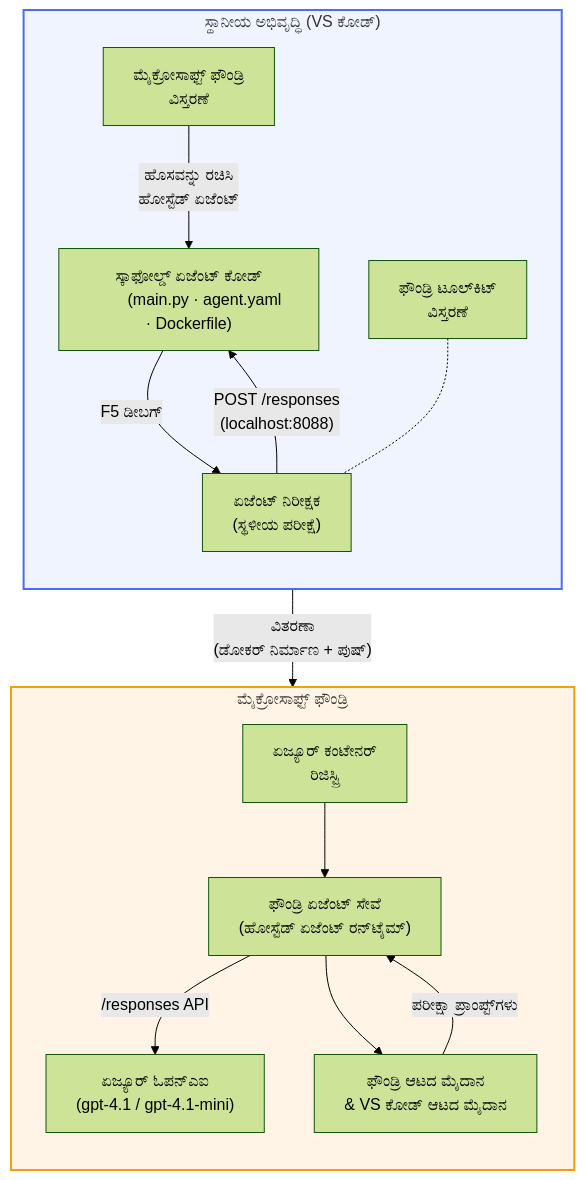
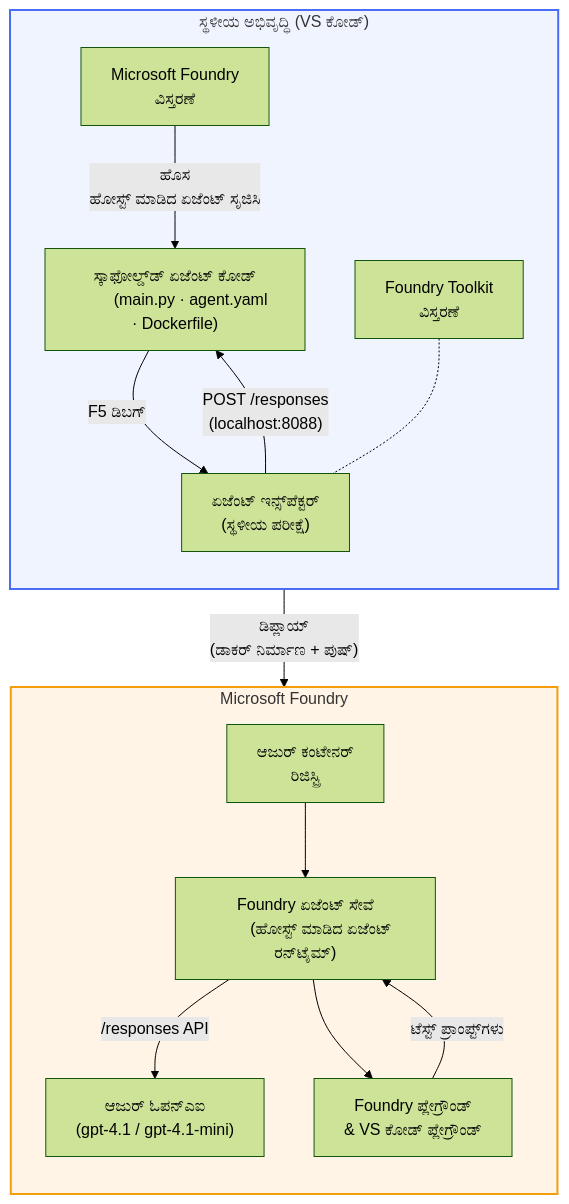
Before and after one commit to microsoft-foundry/Foundry_Toolkit_for_VSCode_Lab: the diagram in translations/kn/README.md, drawn with Mermaid (forest theme). The commit also changed other lines of this file and 110 other files, not shown here.

````diff
--- a/translations/kn/README.md
+++ b/translations/kn/README.md
@@ -48,42 +52,42 @@
 ```mermaid
 flowchart TB
-    subgraph Local["ಸ್ಥಾನೀಯ ಅಭಿವೃದ್ಧಿ (VS ಕೋಡ್)"]
+    subgraph Local["ಸ್ಥಳೀಯ ಅಭಿವೃದ್ಧಿ (VS ಕೋಡ್)"]
         direction TB
-        FE["ಮೈಕ್ರೋಸಾಫ್ಟ್ ಫೌಂಡ್ರಿ
+        FE["Microsoft Foundry
         ವಿಸ್ತರಣೆ"]
-        FoundryToolkit["ಫೌಂಡ್ರಿ ಟೂಲ್‌ಕಿಟ್
+        FoundryToolkit["Foundry Toolkit
         ವಿಸ್ತರಣೆ"]
-        Scaffold["ಸ್ಕಾಫೋಲ್ಡ್ ಏಜೆಂಟ್ ಕೋಡ್
+        Scaffold["ಸ್ಕಾಫೋಲ್ಡ್‌ಡ್ ಏಜೆಂಟ್ ಕೋಡ್
         (main.py · agent.yaml · Dockerfile)"]
-        Inspector["ಏಜೆಂಟ್ ನಿರೀಕ್ಷಕ
+        Inspector["ಏಜೆಂಟ್ ಇನ್ಸ್‌ಪೆಕ್ಟರ್
         (ಸ್ಥಳೀಯ ಪರೀಕ್ಷೆ)"]
-        FE -- "ಹೊಸವನ್ನು ರಚಿಸಿ
-        ಹೋಸ್ಟೆಡ್ ಏಜೆಂಟ್" --> Scaffold
-        Scaffold -- "F5 ಡೀಬಗ್" --> Inspector
+        FE -- "ಹೊಸ
+        ಹೋಸ್ಟ್ ಮಾಡಿದ ಏಜೆಂಟ್ ಸೃಜಿಸಿ" --> Scaffold
+        Scaffold -- "F5 ಡಿಬಗ್" --> Inspector
         FoundryToolkit -.- Inspector
     end
 
-    subgraph Cloud["ಮೈಕ್ರೋಸಾಫ್ಟ್ ಫೌಂಡ್ರಿ"]
+    subgraph Cloud["Microsoft Foundry"]
         direction TB
-        ACR["ಏಜ್ಯೂರ್ ಕಂಟೇನರ್
+        ACR["ಆಜುರ್ ಕಂಟೇನರ್
         ರಿಜಿಸ್ಟ್ರಿ"]
-        AgentService["ಫೌಂಡ್ರಿ ಏಜೆಂಟ್ ಸೇವೆ
-        (ಹೋಸ್ಟೆಡ್ ಏಜೆಂಟ್ ರನ್‌ಟೈಮ್)"]
-        Model["ಏಜ್ಯೂರ್ ಓಪನ್‌ಎಐ
+        AgentService["Foundry ಏಜೆಂಟ್ ಸೇವೆ
+        (ಹೋಸ್ಟ್ ಮಾಡಿದ ಏಜೆಂಟ್ ರನ್‌ಟೈಮ್)"]
+        Model["ಆಜುರ್ ಓಪನ್‌ಎಐ
         (gpt-4.1 / gpt-4.1-mini)"]
-        Playground["ಫೌಂಡ್ರಿ ಆಟದ ಮೈದಾನ
-        & VS ಕೋಡ್ ಆಟದ ಮೈದಾನ"]
+        Playground["Foundry ಪ್ಲೇಗ್ರೌಂಡ್
+        & VS ಕೋಡ್ ಪ್ಲೇಗ್ರೌಂಡ್"]
         ACR --> AgentService
         AgentService -- "/responses API" --> Model
         AgentService --> Playground
     end
 
-    Scaffold -- "ವಿತರಣಾ
-    (ಡೋಕರ್ ನಿರ್ಮಾಣ + ಪುಷ್)" --> ACR
+    Scaffold -- "ಡಿಪ್ಲಾಯ್
+    (ಡಾಕರ್ ನಿರ್ಮಾಣ + ಪುಷ್)" --> ACR
     Inspector -- "POST /responses
     (localhost:8088)" --> Scaffold
-    Playground -- "ಪರೀಕ್ಷಾ ಪ್ರಾಂಪ್ಟ್‌ಗಳು" --> AgentService
+    Playground -- "ಟೆಸ್ಟ್ ಪ್ರಾಂಪ್ಟ್‌ಗಳು" --> AgentService
 
     style Local fill:#f0f4ff,stroke:#4a6cf7,stroke-width:2px
     style Cloud fill:#fff4e6,stroke:#f59e0b,stroke-width:2px
 ```
````
